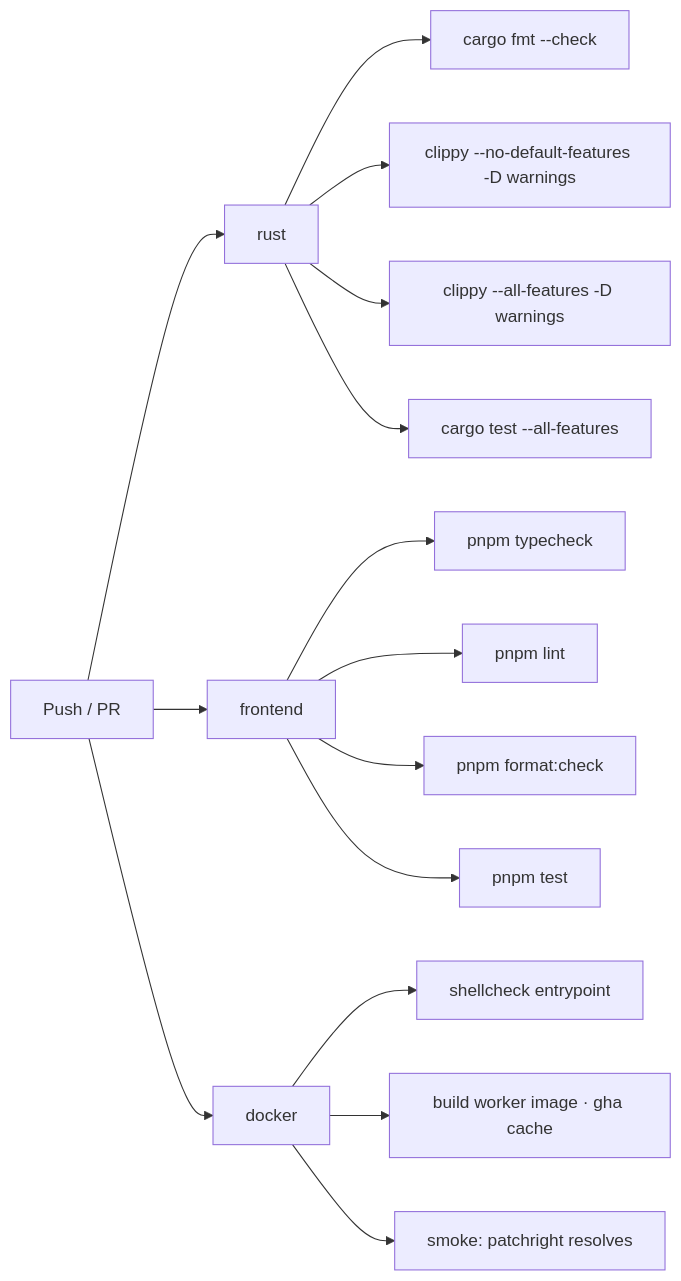
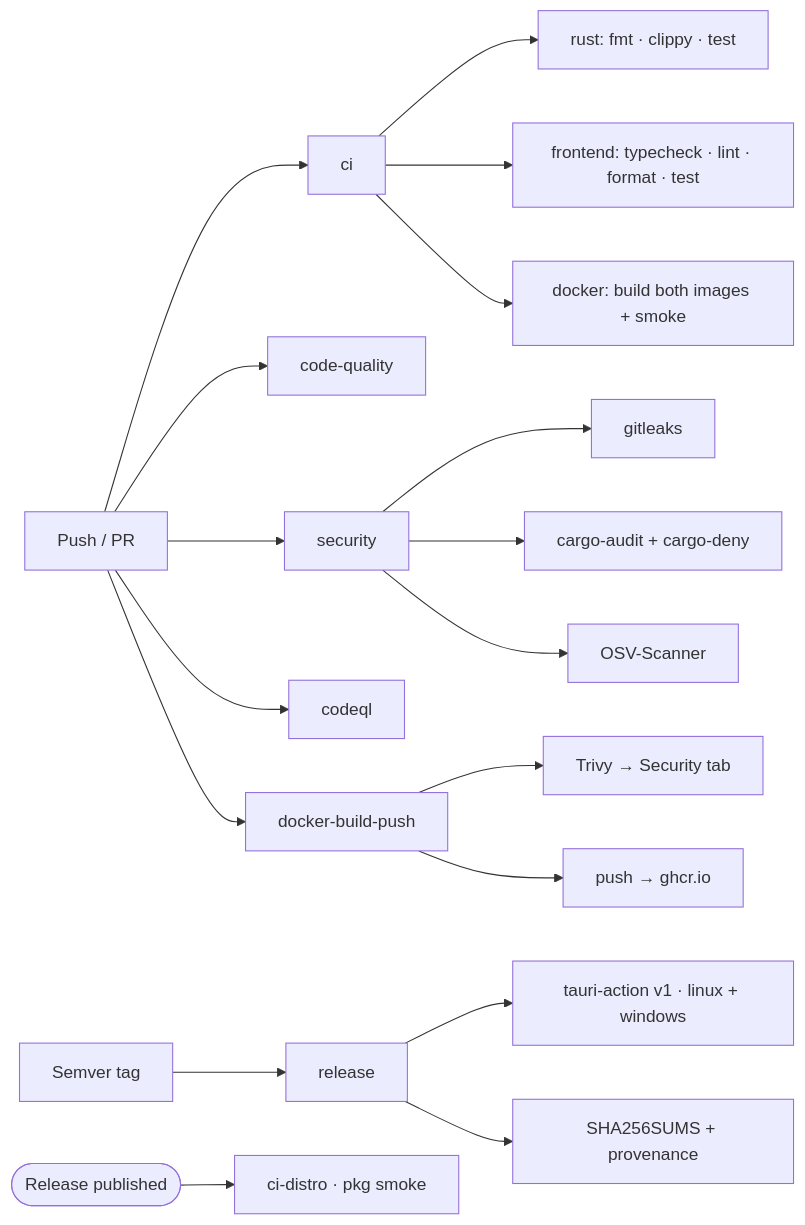
One commit to SobralCybersec/HireMeOps changed the sixth of 7 diagrams in README.md. Above: the diagram before and after it, drawn with Mermaid. The commit also changed other lines of this file and 12 other files, not shown here.

````diff
--- a/README.md
+++ b/README.md
@@ -409,20 +424,25 @@
 ```mermaid
 flowchart LR
-    push[Push / PR] --> R[rust]
-    push --> FE[frontend]
-    push --> DK[docker]
+    push[Push / PR] --> CI[ci]
+    push --> CQ[code-quality]
+    push --> SEC[security]
+    push --> CQL[codeql]
+    push --> DBP[docker-build-push]
 
-    R --> FMT[cargo fmt --check]
-    R --> CL1[clippy --no-default-features -D warnings]
-    R --> CL2[clippy --all-features -D warnings]
-    R --> T[cargo test --all-features]
+    tag[Semver tag] --> REL[release]
+    rel([Release published]) --> DIST[ci-distro · pkg smoke]
 
-    FE --> TC[pnpm typecheck]
-    FE --> LN[pnpm lint]
-    FE --> PF[pnpm format:check]
-    FE --> VT[pnpm test]
+    CI --> R[rust: fmt · clippy · test]
+    CI --> FE[frontend: typecheck · lint · format · test]
+    CI --> DK[docker: build both images + smoke]
 
-    DK --> SC[shellcheck entrypoint]
-    DK --> BLD[build worker image · gha cache]
-    DK --> SM[smoke: patchright resolves]
+    SEC --> GL[gitleaks]
+    SEC --> CA[cargo-audit + cargo-deny]
+    SEC --> OSV[OSV-Scanner]
+
+    DBP --> TRIVY[Trivy → Security tab]
+    DBP --> GHCR[push → ghcr.io]
+
+    REL --> TA[tauri-action v1 · linux + windows]
+    REL --> PROV[SHA256SUMS + provenance]
 ```
````
